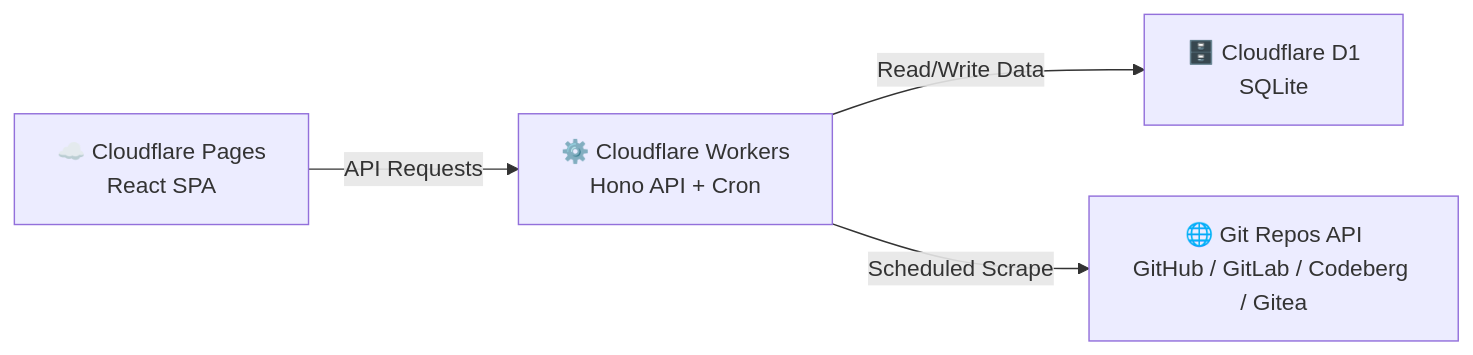
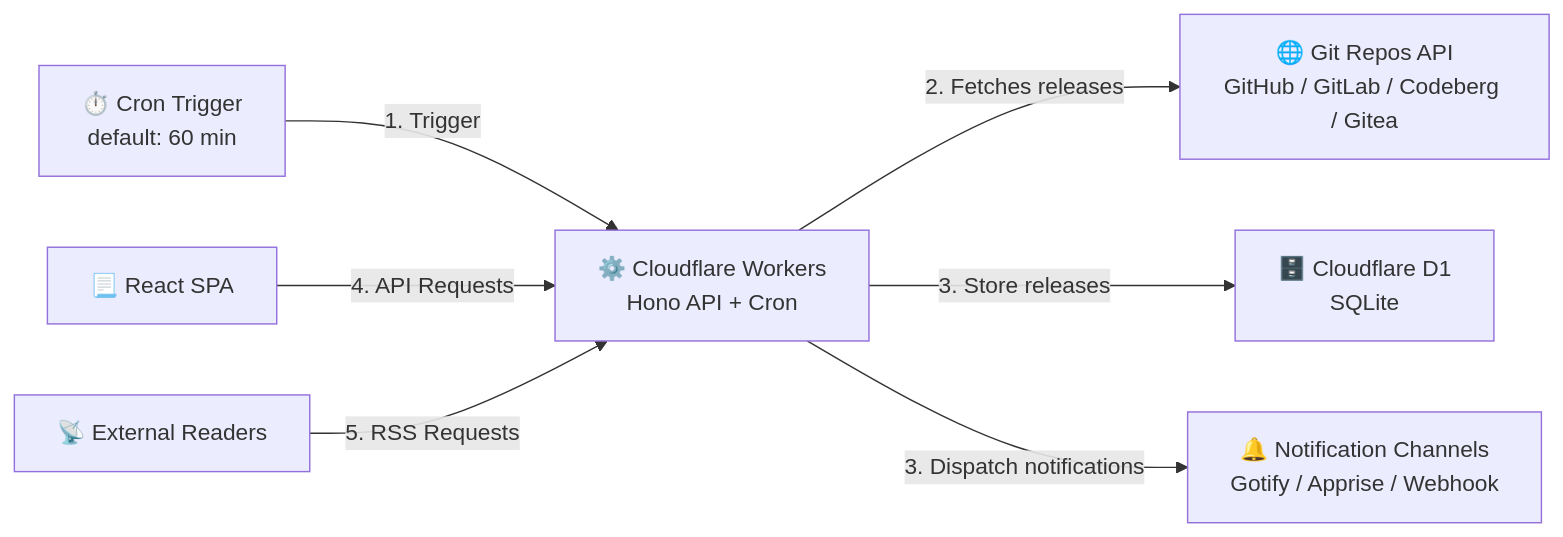
One commit to yonzilch/srrm changed the diagram in README.md. Above: the diagram before and after it, drawn with Mermaid. The commit also changed other lines of this file and 1 other file, not shown here.

````diff
--- a/README.md
+++ b/README.md
@@ -16,6 +16,11 @@
 ```mermaid
 flowchart LR
-    A[☁️ Cloudflare Pages<br/>React SPA] -- API Requests --> B[⚙️ Cloudflare Workers<br/>Hono API + Cron]
-    B -- Read/Write Data --> C[🗄️ Cloudflare D1<br/>SQLite]
-    B -- Scheduled Scrape --> D[🌐 Git Repos API<br/>GitHub / GitLab / Codeberg / Gitea]
+    Cron[⏱️ Cron Trigger<br/>default: 60 min] -- 1. Trigger --> B[⚙️ Cloudflare Workers<br/>Hono API + Cron]
+    B -- 2. Fetches releases --> D[🌐 Git Repos API<br/>GitHub / GitLab / Codeberg / Gitea]
+    
+    B -- 3. Store releases --> C[🗄️ Cloudflare D1<br/>SQLite]
+    B -- 3. Dispatch notifications --> E[🔔 Notification Channels<br/>Gotify / Apprise / Webhook]
+    
+    A[📃 React SPA] -- 4. API Requests --> B
+    F[📡 External Readers] -- 5. RSS Requests --> B
 ```
````
